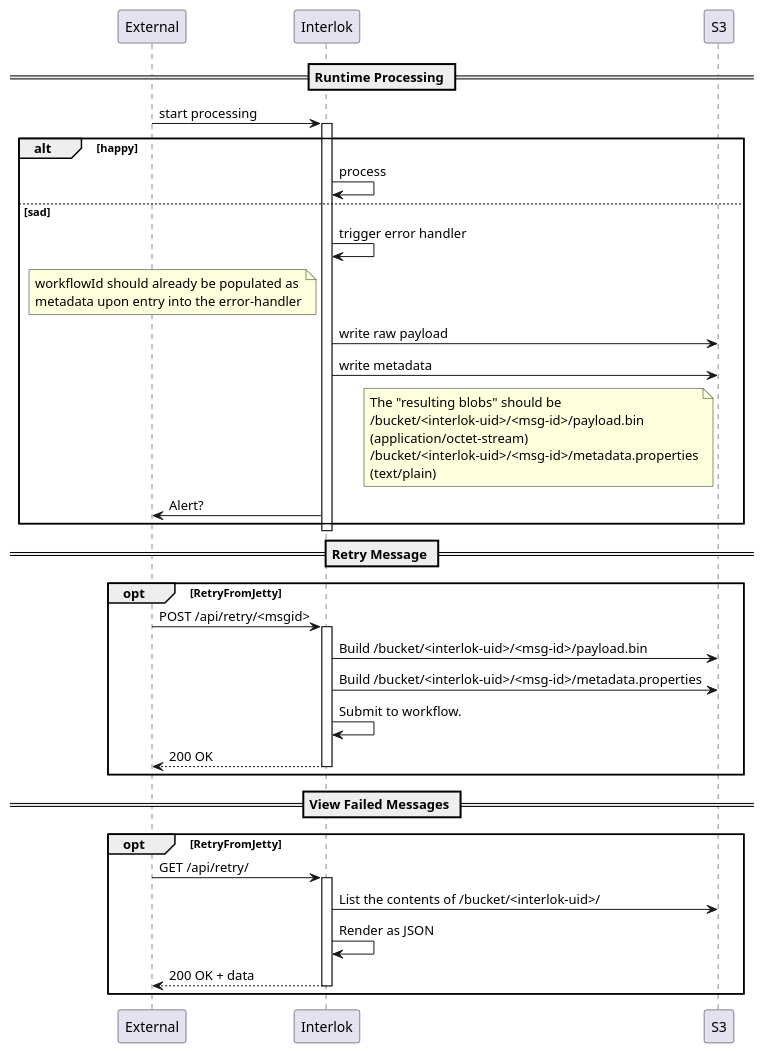
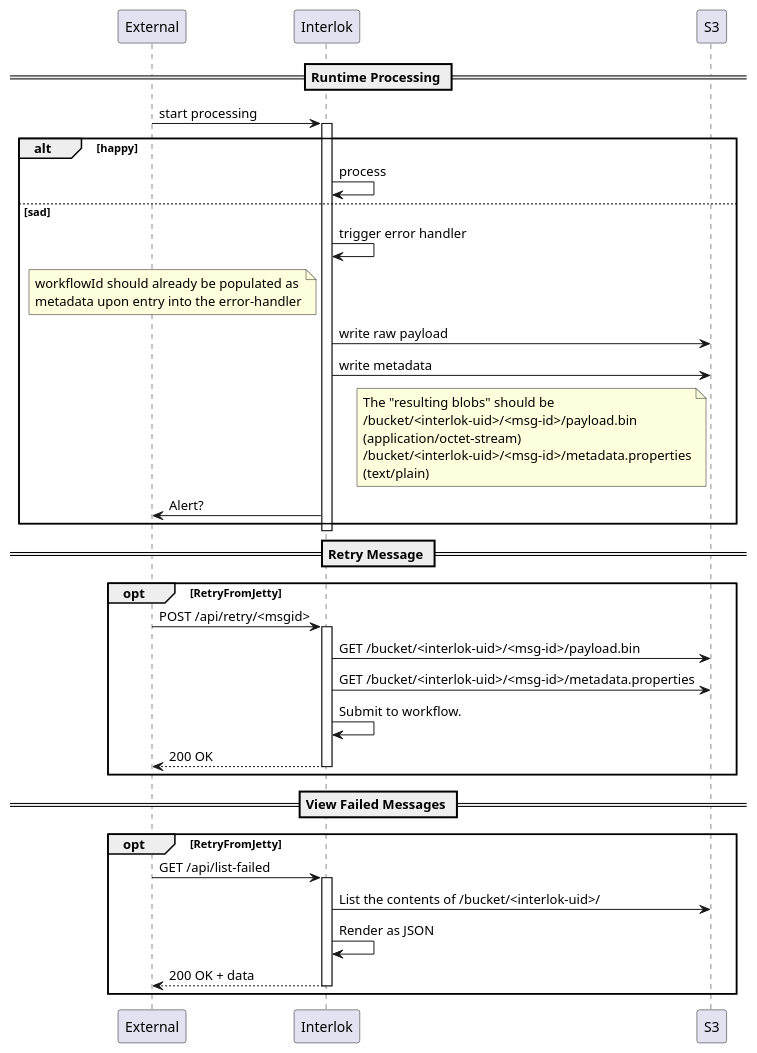
One commit to adaptris/interlok changed the diagram in docs/adr/assets/0008-restful-sequence.puml. Above: the diagram before and after it, drawn with PlantUML.

```diff
--- a/docs/adr/assets/0008-restful-sequence.puml
+++ b/docs/adr/assets/0008-restful-sequence.puml
@@ -1,50 +1,50 @@
 @startuml "Triggered Error Handler"
 
 participant External
 participant Interlok
 participant S3
 
 == Runtime Processing ==
 External->Interlok: start processing
 activate Interlok
 alt happy
   Interlok->Interlok: process
 else sad
   Interlok->Interlok: trigger error handler
   note left of Interlok
   workflowId should already be populated as
   metadata upon entry into the error-handler
   end note
   Interlok->S3: write raw payload
   Interlok->S3: write metadata
   note left of S3
   The "resulting blobs" should be
   /bucket/<interlok-uid>/<msg-id>/payload.bin
   (application/octet-stream)
   /bucket/<interlok-uid>/<msg-id>/metadata.properties
   (text/plain)
   end note
   Interlok->External: Alert?
 end
 deactivate Interlok
 
 == Retry Message ==
 opt RetryFromJetty
   External->Interlok: POST /api/retry/<msgid>
   activate Interlok
-  Interlok->S3: Build /bucket/<interlok-uid>/<msg-id>/payload.bin
-  Interlok->S3: Build /bucket/<interlok-uid>/<msg-id>/metadata.properties
+  Interlok->S3: GET /bucket/<interlok-uid>/<msg-id>/payload.bin
+  Interlok->S3: GET /bucket/<interlok-uid>/<msg-id>/metadata.properties
   Interlok->Interlok: Submit to workflow.
   return 200 OK
 end
 
 == View Failed Messages ==
 opt RetryFromJetty
-  External->Interlok: GET /api/retry/
+  External->Interlok: GET /api/list-failed
   activate Interlok
   Interlok->S3: List the contents of /bucket/<interlok-uid>/
   Interlok->Interlok: Render as JSON
   return 200 OK + data
 end
 
 @enduml
```
